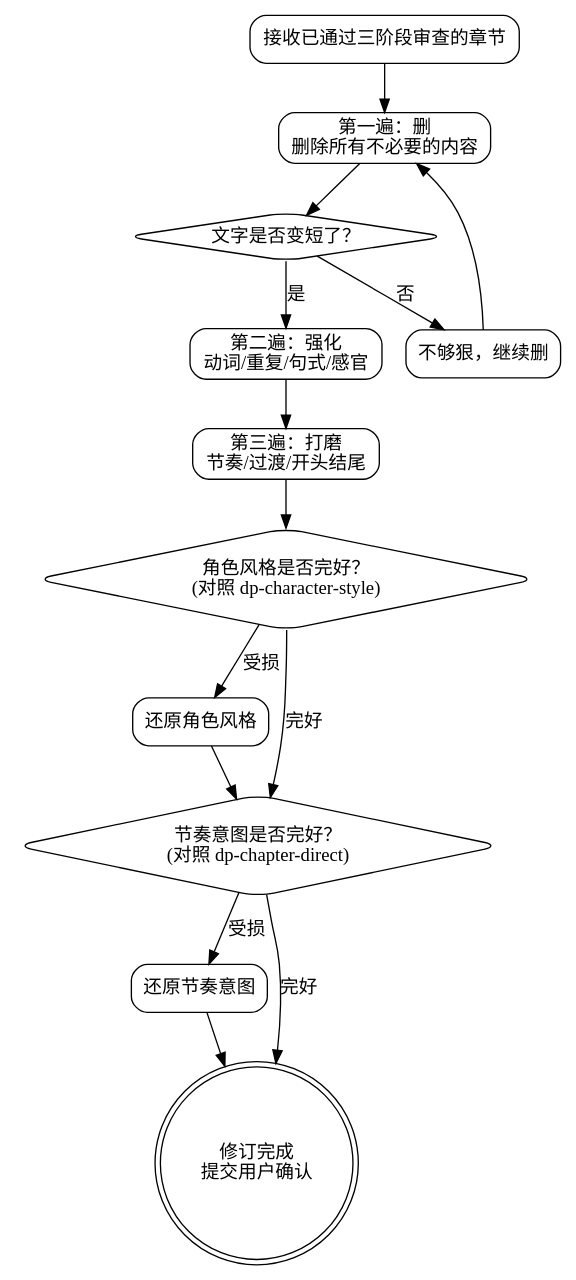
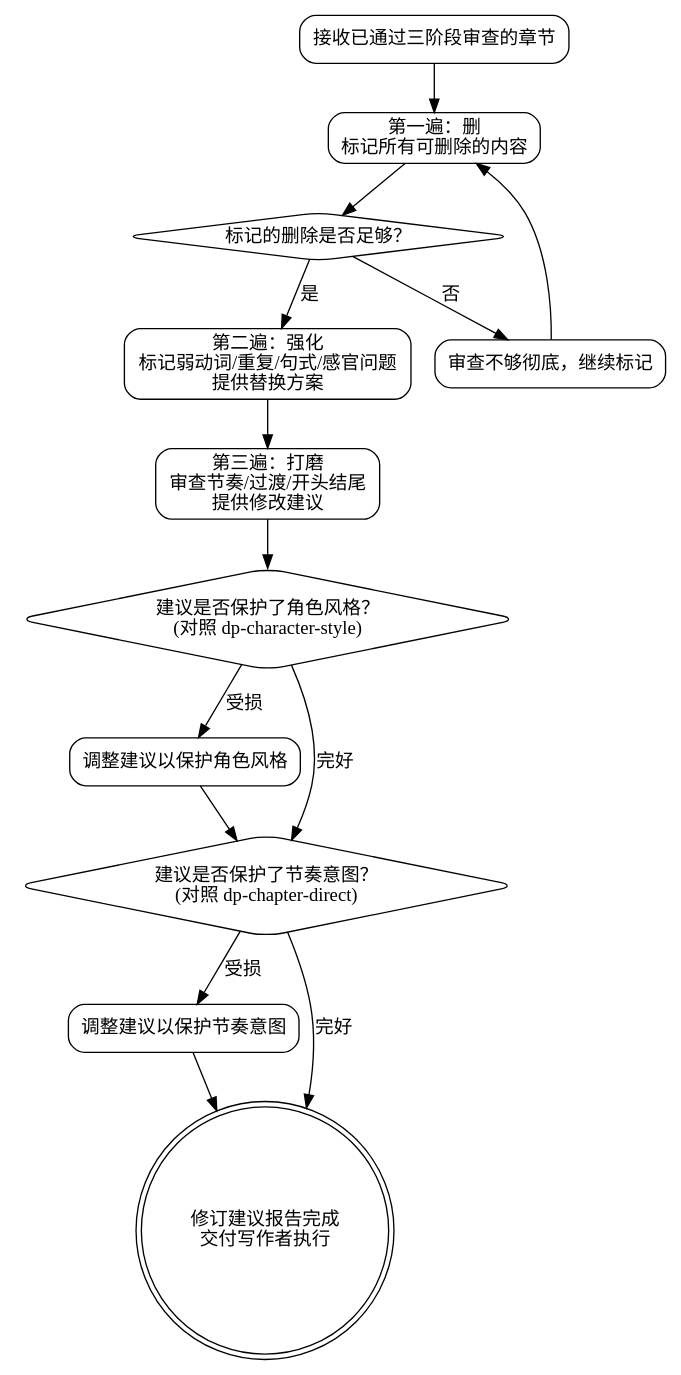
The second of 3 diagrams in skills/dp-review-consistency/SKILL.md (skyfiredao/dreampowers), drawn with Graphviz before and after one commit. The commit also changed other lines of this file and 16 other files, not shown here.

````diff
--- a/skills/dp-review-consistency/SKILL.md
+++ b/skills/dp-review-consistency/SKILL.md
@@ -406,30 +355,30 @@
 ```dot
 digraph revision_flow {
     rankdir=TB;
     node [shape=box, style=rounded];
 
     input [label="接收已通过三阶段审查的章节"];
-    cut [label="第一遍：删\n删除所有不必要的内容"];
-    cut_check [label="文字是否变短了？" shape=diamond];
-    cut_more [label="不够狠，继续删"];
-    strengthen [label="第二遍：强化\n动词/重复/句式/感官"];
-    polish [label="第三遍：打磨\n节奏/过渡/开头结尾"];
-    voice_check [label="角色风格是否完好？\n(对照 dp-character-style)" shape=diamond];
-    voice_fix [label="还原角色风格"];
-    rhythm_check [label="节奏意图是否完好？\n(对照 dp-chapter-direct)" shape=diamond];
-    rhythm_fix [label="还原节奏意图"];
-    done [label="修订完成\n提交用户确认" shape=doublecircle];
+    cut [label="第一遍：删\n标记所有可删除的内容"];
+    cut_check [label="标记的删除是否足够？" shape=diamond];
+    cut_more [label="审查不够彻底，继续标记"];
+    strengthen [label="第二遍：强化\n标记弱动词/重复/句式/感官问题\n提供替换方案"];
+    polish [label="第三遍：打磨\n审查节奏/过渡/开头结尾\n提供修改建议"];
+    voice_check [label="建议是否保护了角色风格？\n(对照 dp-character-style)" shape=diamond];
+    voice_fix [label="调整建议以保护角色风格"];
+    rhythm_check [label="建议是否保护了节奏意图？\n(对照 dp-chapter-direct)" shape=diamond];
+    rhythm_fix [label="调整建议以保护节奏意图"];
+    done [label="修订建议报告完成\n交付写作者执行" shape=doublecircle];
 
     input -> cut -> cut_check;
     cut_check -> cut_more [label="否"];
     cut_check -> strengthen [label="是"];
     cut_more -> cut;
     strengthen -> polish -> voice_check;
     voice_check -> voice_fix [label="受损"];
     voice_check -> rhythm_check [label="完好"];
     voice_fix -> rhythm_check;
     rhythm_check -> rhythm_fix [label="受损"];
     rhythm_check -> done [label="完好"];
     rhythm_fix -> done;
 }
 ```
````
